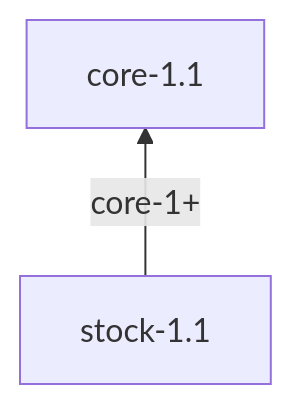
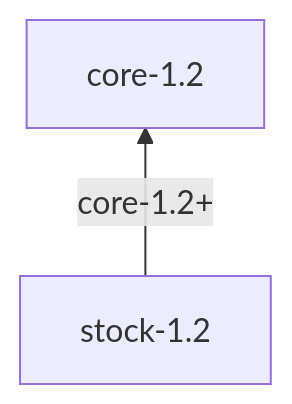
The diagram in docs/standards/README.md (Adisoreq/FormuLang), drawn with Mermaid before and after one commit. The commit also changed other lines of this file and 53 other files, not shown here.

Commit message:
Release: Core 1.2 + Stock 1.2

````diff
--- a/docs/standards/README.md
+++ b/docs/standards/README.md
@@ -24,7 +24,7 @@
 ```mermaid
 graph BT
-    core["core-1.1"]
-    stock["stock-1.1"]
+    core["core-1.2"]
+    stock["stock-1.2"]
 
-    stock -- "core-1+" --> core
+    stock -- "core-1.2+" --> core
 ```
````
